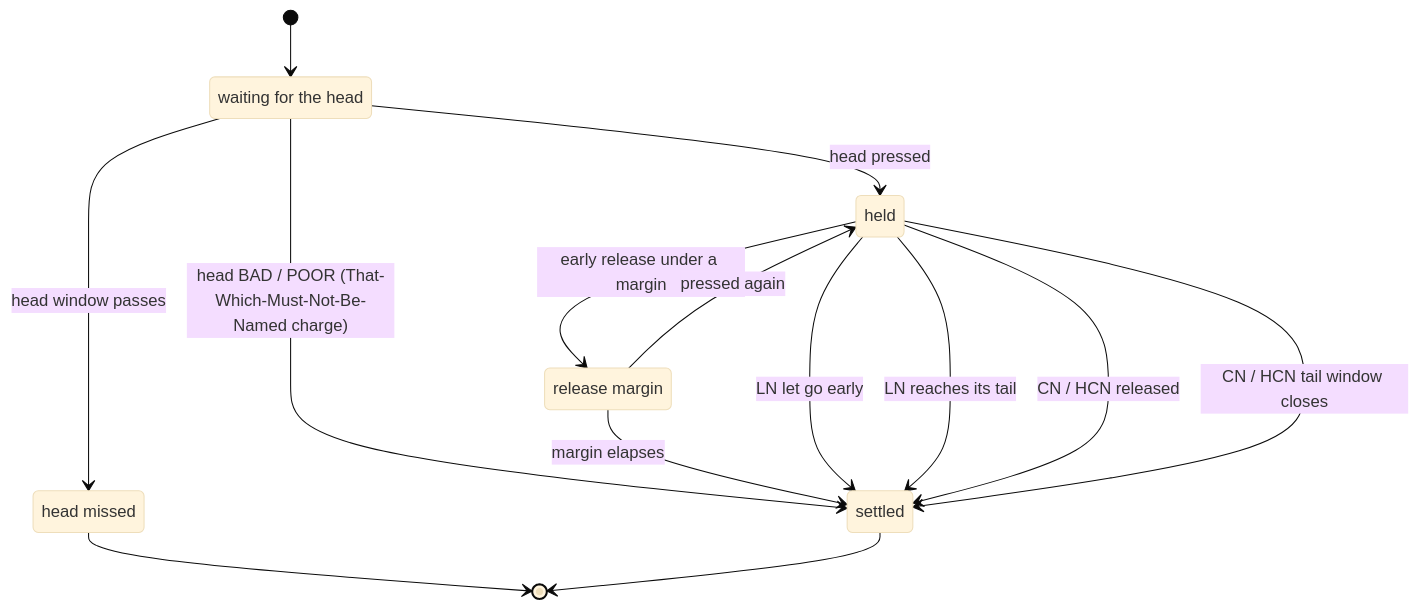
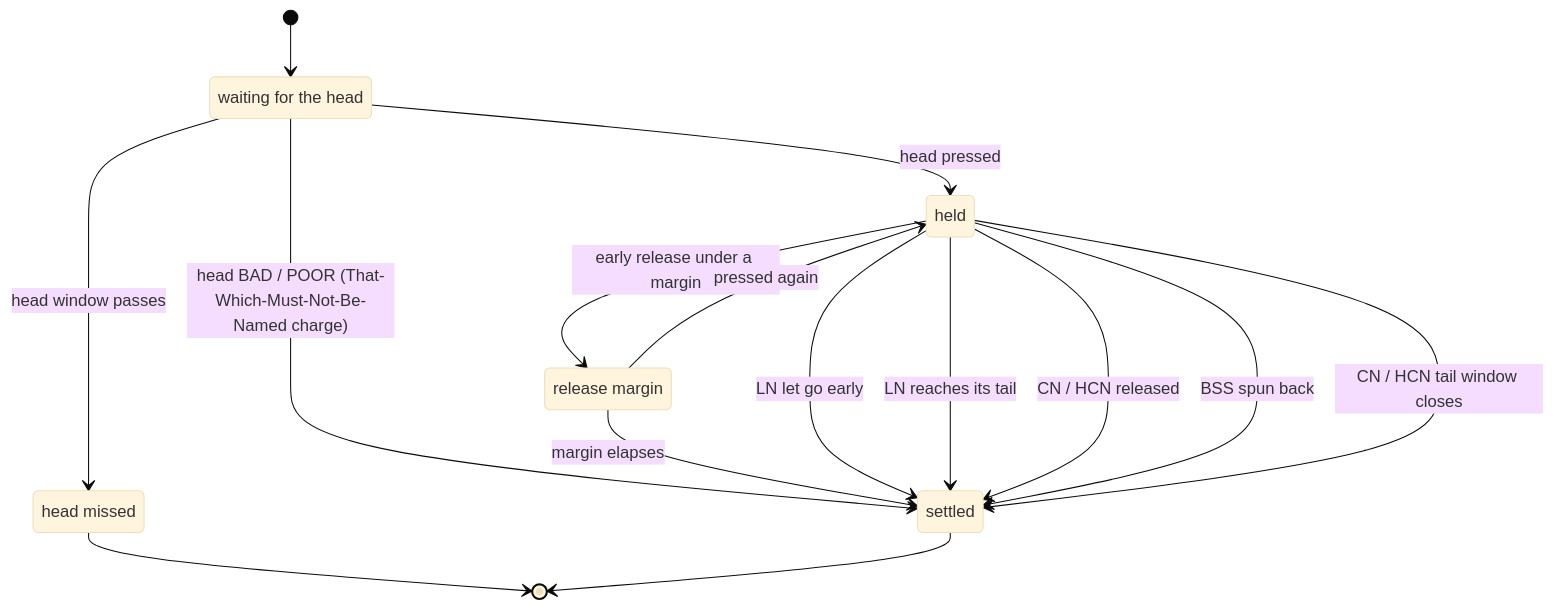
The fourth of 4 diagrams in docs/player-spec.md (nulltask/be-music), drawn with Mermaid (base theme) before and after one commit. The commit also changed other lines of this file and 65 other files, not shown here.

````diff
--- a/docs/player-spec.md
+++ b/docs/player-spec.md
@@ -771,21 +792,22 @@
 ```mermaid
 stateDiagram-v2
   state "waiting for the head" as Pending
   state "held" as Held
   state "release margin" as Margin
   state "head missed" as Missed
   state "settled" as Done
   [*] --> Pending
   Pending --> Missed: head window passes
   Pending --> Held: head pressed
   Pending --> Done: head BAD / POOR (That-Which-Must-Not-Be-Named charge)
   Held --> Margin: early release under a margin
   Margin --> Held: pressed again
   Margin --> Done: margin elapses
   Held --> Done: LN let go early
   Held --> Done: LN reaches its tail
   Held --> Done: CN / HCN released
+  Held --> Done: BSS spun back
   Held --> Done: CN / HCN tail window closes
   Missed --> [*]
   Done --> [*]
 ```
````
